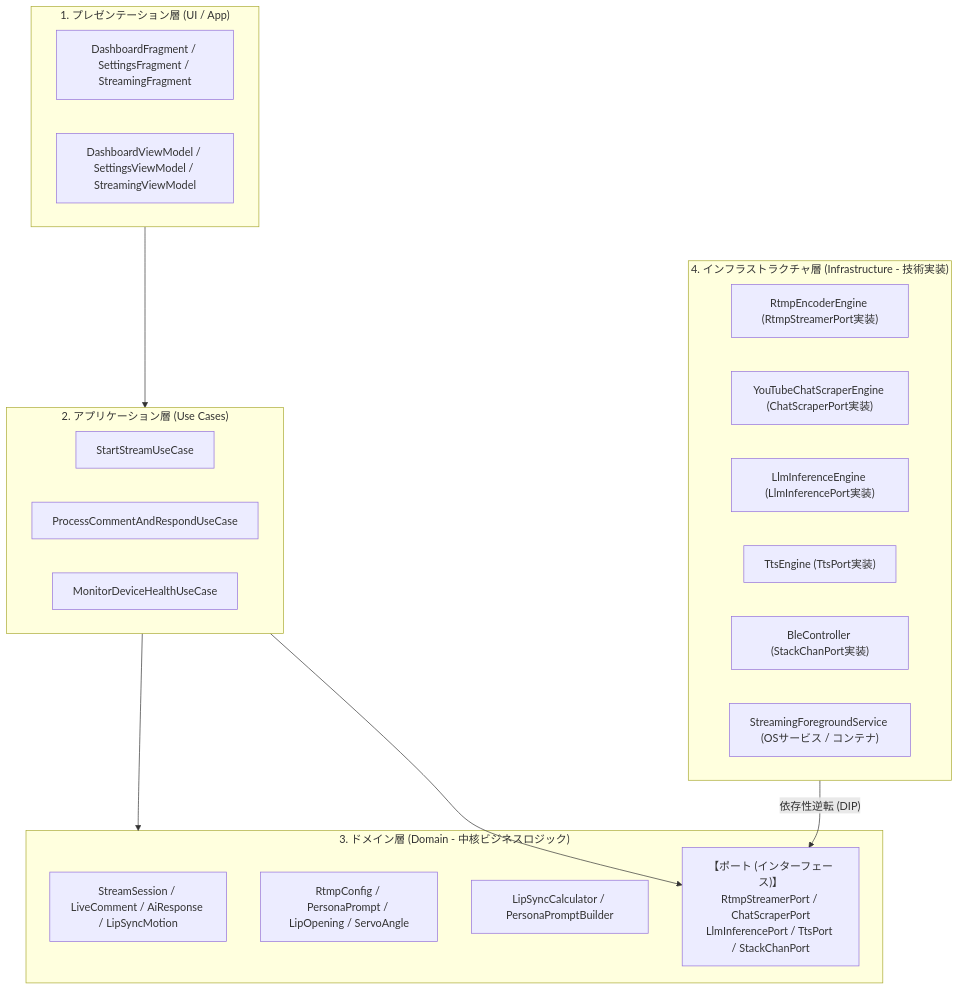
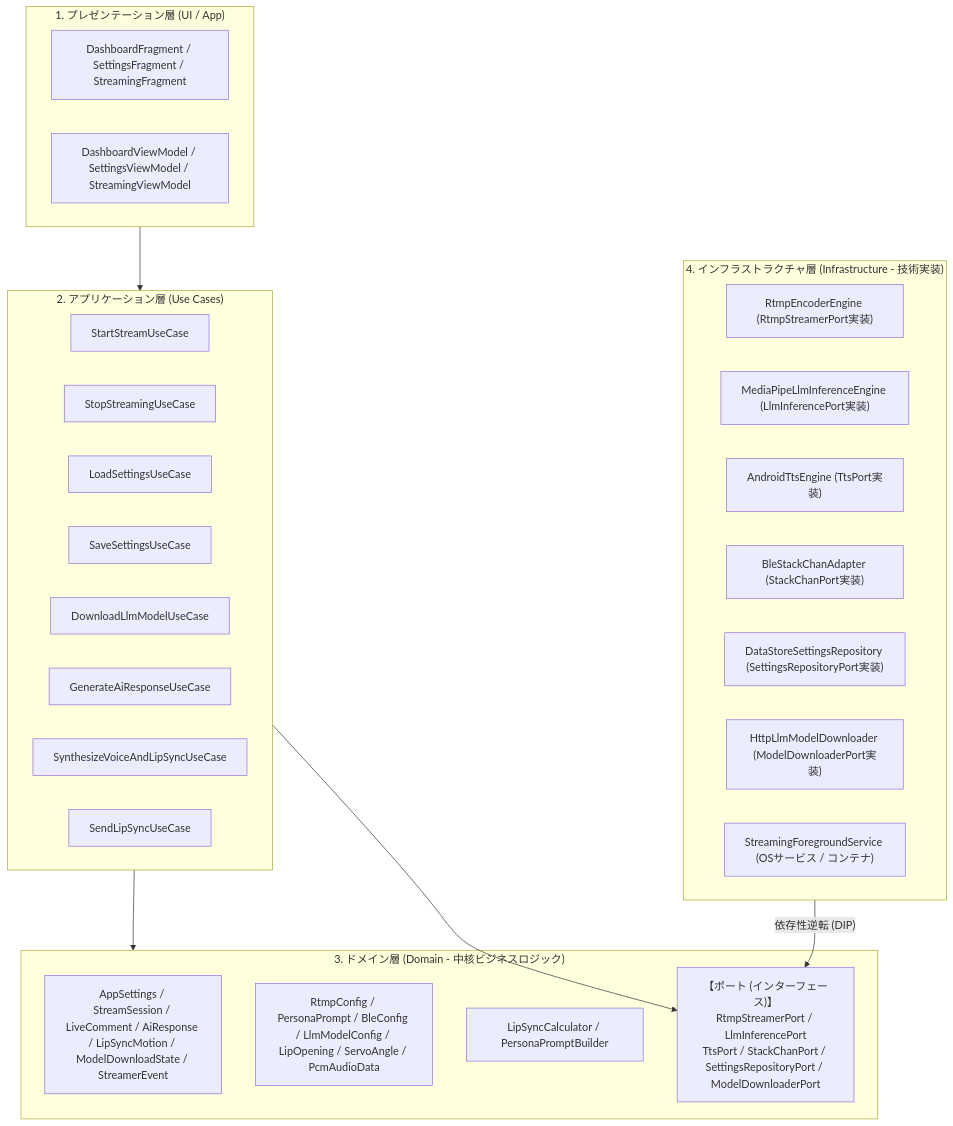
The first of 2 diagrams in android/docs/03_詳細設計/ドメイン駆動設計書.md (pandapan-cute/StackCast), drawn with Mermaid before and after one commit. The commit also changed other lines of this file and 6 other files, not shown here.

````diff
--- a/android/docs/03_詳細設計/ドメイン駆動設計書.md
+++ b/android/docs/03_詳細設計/ドメイン駆動設計書.md
@@ -10,34 +10,40 @@
 ```mermaid
 flowchart TD
     subgraph Presentation["1. プレゼンテーション層 (UI / App)"]
         Fragments["DashboardFragment / SettingsFragment / StreamingFragment"]
         ViewModels["DashboardViewModel / SettingsViewModel / StreamingViewModel"]
     end
 
     subgraph Application["2. アプリケーション層 (Use Cases)"]
         StartStreamUC["StartStreamUseCase"]
-        ProcessCommentUC["ProcessCommentAndRespondUseCase"]
-        MonitorHealthUC["MonitorDeviceHealthUseCase"]
+    StopStreamUC["StopStreamingUseCase"]
+    LoadSettingsUC["LoadSettingsUseCase"]
+    SaveSettingsUC["SaveSettingsUseCase"]
+    DownloadModelUC["DownloadLlmModelUseCase"]
+    GenerateAiResponseUC["GenerateAiResponseUseCase"]
+    SynthesizeVoiceUC["SynthesizeVoiceAndLipSyncUseCase"]
+    SendLipSyncUC["SendLipSyncUseCase"]
     end
 
     subgraph Domain["3. ドメイン層 (Domain - 中核ビジネスロジック)"]
-        Entities["StreamSession / LiveComment / AiResponse / LipSyncMotion"]
-        ValueObjects["RtmpConfig / PersonaPrompt / LipOpening / ServoAngle"]
+    Entities["AppSettings / StreamSession / LiveComment / AiResponse / LipSyncMotion / ModelDownloadState / StreamerEvent"]
+    ValueObjects["RtmpConfig / PersonaPrompt / BleConfig / LlmModelConfig / LipOpening / ServoAngle / PcmAudioData"]
         DomainServices["LipSyncCalculator / PersonaPromptBuilder"]
-        Ports["【ポート (インターフェース)】\nRtmpStreamerPort / ChatScraperPort\nLlmInferencePort / TtsPort / StackChanPort"]
+    Ports["【ポート (インターフェース)】\nRtmpStreamerPort / LlmInferencePort\nTtsPort / StackChanPort / SettingsRepositoryPort / ModelDownloaderPort"]
     end
 
     subgraph Infrastructure["4. インフラストラクチャ層 (Infrastructure - 技術実装)"]
         RtmpEngine["RtmpEncoderEngine (RtmpStreamerPort実装)"]
-        ChatEngine["YouTubeChatScraperEngine (ChatScraperPort実装)"]
-        LlmEngine["LlmInferenceEngine (LlmInferencePort実装)"]
-        TtsEngine["TtsEngine (TtsPort実装)"]
-        BleController["BleController (StackChanPort実装)"]
+    LlmEngine["MediaPipeLlmInferenceEngine (LlmInferencePort実装)"]
+    TtsEngine["AndroidTtsEngine (TtsPort実装)"]
+    BleController["BleStackChanAdapter (StackChanPort実装)"]
+    SettingsRepo["DataStoreSettingsRepository (SettingsRepositoryPort実装)"]
+    ModelDownloader["HttpLlmModelDownloader (ModelDownloaderPort実装)"]
         Service["StreamingForegroundService (OSサービス / コンテナ)"]
     end
 
     Presentation --> Application
     Application --> Domain
     Infrastructure -- "依存性逆転 (DIP)" --> Ports
     Application --> Ports
 ```
````
